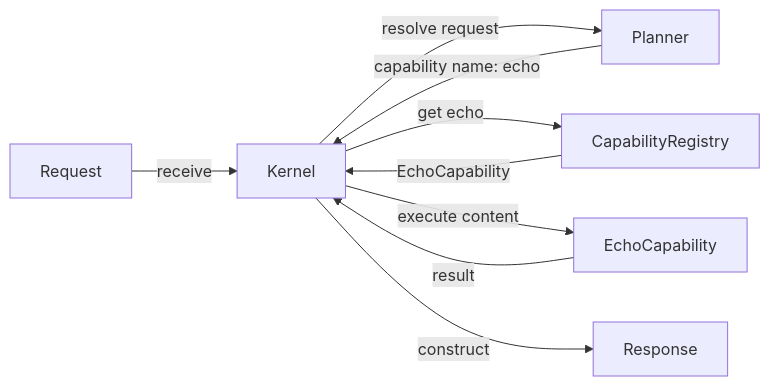
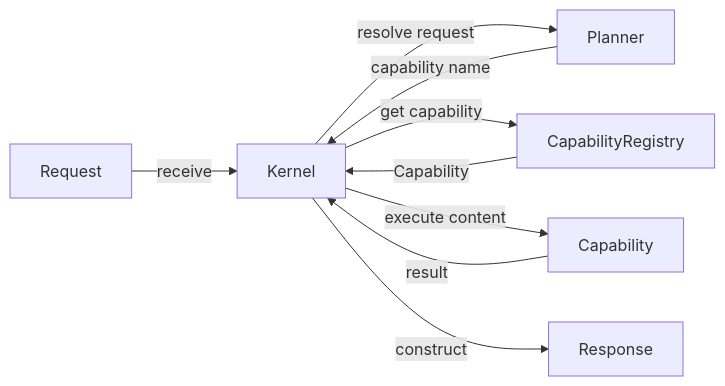
Before and after one commit to Aranwill/malak-project-vault: the first of 2 diagrams in 01-architecture/CURRENT_COMPONENTS_MAP.md, drawn with Mermaid. The commit also changed other lines of this file and 5 other files, not shown here.

````diff
--- a/01-architecture/CURRENT_COMPONENTS_MAP.md
+++ b/01-architecture/CURRENT_COMPONENTS_MAP.md
@@ -375,18 +398,18 @@
 ```mermaid
 flowchart LR
     Request[Request]
     Kernel[Kernel]
     Planner[Planner]
     Registry[CapabilityRegistry]
-    Echo[EchoCapability]
+    Capability[Capability]
     Response[Response]
 
     Request -->|receive| Kernel
     Kernel -->|resolve request| Planner
-    Planner -->|capability name: echo| Kernel
-    Kernel -->|get echo| Registry
-    Registry -->|EchoCapability| Kernel
-    Kernel -->|execute content| Echo
-    Echo -->|result| Kernel
+    Planner -->|capability name| Kernel
+    Kernel -->|get capability| Registry
+    Registry -->|Capability| Kernel
+    Kernel -->|execute content| Capability
+    Capability -->|result| Kernel
     Kernel -->|construct| Response
 ```
````
